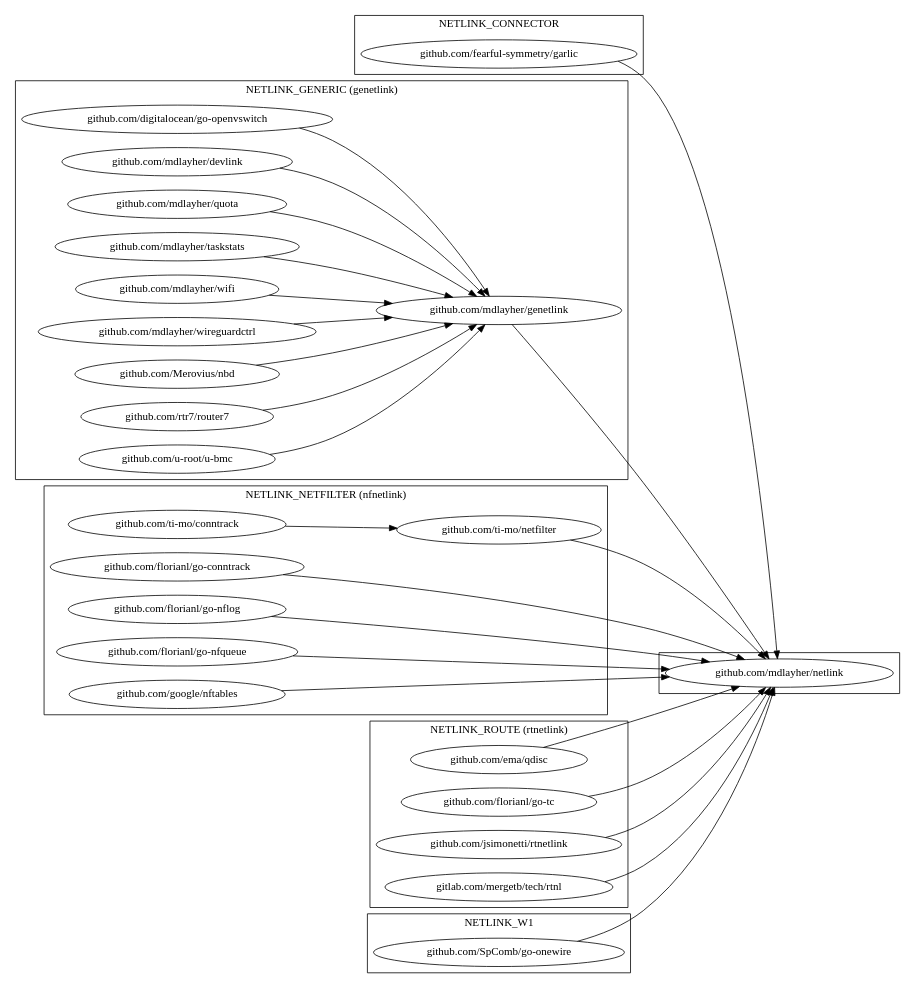
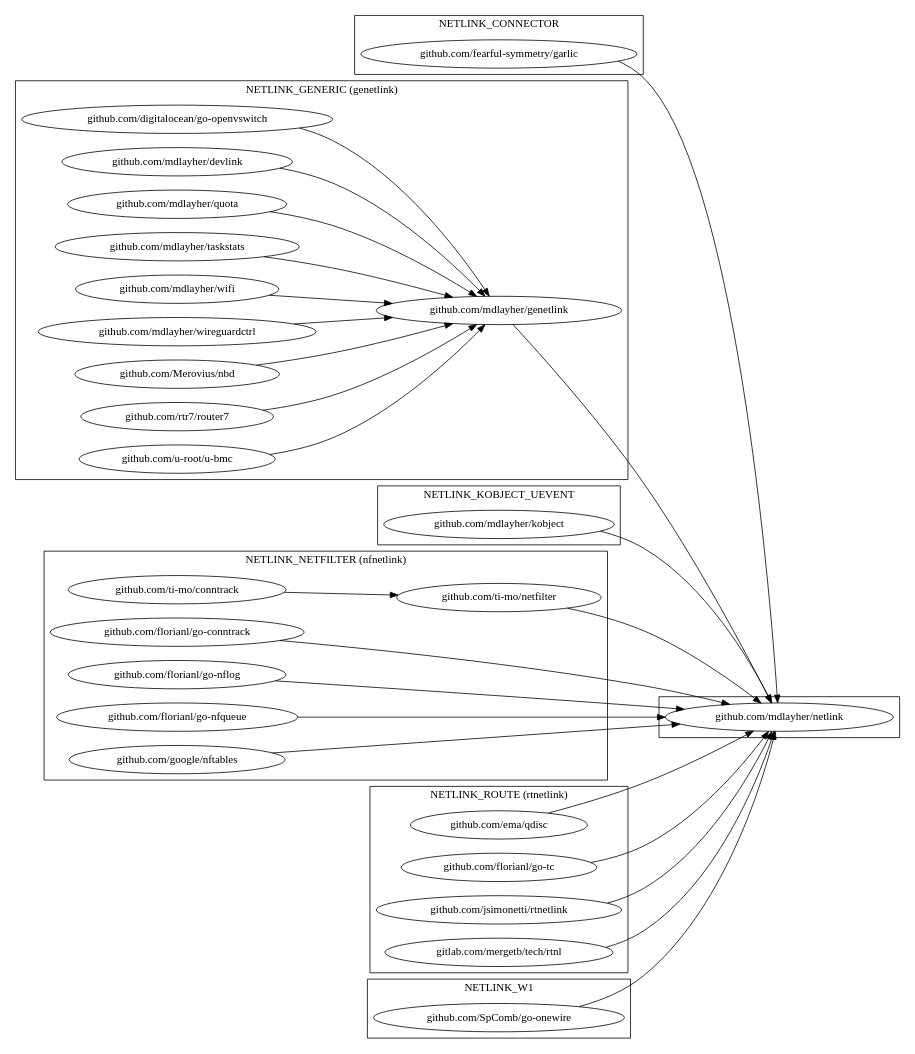
One commit to mdlayher/netlink changed the diagram in netlink.dot. Above: the diagram before and after it, drawn with Graphviz. The commit also changed 1 other file, not shown here.

Commit message:
netlink.dot: add kobject

```diff
--- a/netlink.dot
+++ b/netlink.dot
@@ -1,68 +1,76 @@
 digraph {
     rankdir = LR
 
     subgraph cluster_netlink {
         "github.com/mdlayher/netlink" [URL="https://github.com/mdlayher/netlink"]
     }
 
     subgraph cluster_connector {
         label = "NETLINK_CONNECTOR";
 
         {
             "github.com/fearful-symmetry/garlic" [URL="https://github.com/fearful-symmetry/garlic"]
         } -> "github.com/mdlayher/netlink"
     }
 
     subgraph cluster_generic {
         label = "NETLINK_GENERIC (genetlink)";
         "github.com/mdlayher/genetlink" [URL="https://github.com/mdlayher/genetlink"]
         "github.com/mdlayher/genetlink" -> "github.com/mdlayher/netlink"
 
         {   
             "github.com/digitalocean/go-openvswitch" [URL="https://github.com/digitalocean/go-openvswitch"]
             "github.com/mdlayher/devlink" [URL="https://github.com/mdlayher/devlink"]
             "github.com/mdlayher/quota" [URL="https://github.com/mdlayher/quota"]
             "github.com/mdlayher/taskstats" [URL="https://github.com/mdlayher/taskstats"]
             "github.com/mdlayher/wifi" [URL="https://github.com/mdlayher/wifi"]
             "github.com/mdlayher/wireguardctrl" [URL="https://github.com/mdlayher/wireguardctrl"]
             "github.com/Merovius/nbd" [URL="https://github.com/Merovius/nbd"]
             "github.com/rtr7/router7" [URL="https://github.com/rtr7/router7"]
             "github.com/u-root/u-bmc" [URL="https://github.com/u-root/u-bmc"]
         } -> "github.com/mdlayher/genetlink" 
+    }
+
+    subgraph cluster_kobject_uevent {
+        label = "NETLINK_KOBJECT_UEVENT";
+
+        {
+            "github.com/mdlayher/kobject" [URL="https://github.com/mdlayher/kobject"]
+        } -> "github.com/mdlayher/netlink"
     }
 
     subgraph cluster_netfilter {
         label = "NETLINK_NETFILTER (nfnetlink)";
 
         {
             "github.com/florianl/go-conntrack" [URL="https://github.com/florianl/go-conntrack"]
             "github.com/florianl/go-nflog" [URL="https://github.com/florianl/go-nflog"]
             "github.com/florianl/go-nfqueue" [URL="https://github.com/florianl/go-nfqueue"]
             "github.com/google/nftables" [URL="https://github.com/google/nftables"]
             "github.com/ti-mo/netfilter" [URL="https://github.com/ti-mo/netfilter"]
         } -> "github.com/mdlayher/netlink"
 
         {
             "github.com/ti-mo/conntrack"  [URL="https://github.com/ti-mo/conntrack"]
         } -> "github.com/ti-mo/netfilter"
     }
 
     subgraph cluster_route {
         label = "NETLINK_ROUTE (rtnetlink)";
 
         {
             "github.com/ema/qdisc" [URL="https://github.com/ema/qdisc"]
             "github.com/florianl/go-tc" [URL="https://github.com/florianl/go-tc"]
             "github.com/jsimonetti/rtnetlink" [URL="https://github.com/jsimonetti/rtnetlink"]
             "gitlab.com/mergetb/tech/rtnl" [URL="https://gitlab.com/mergetb/tech/rtnl"]
         } -> "github.com/mdlayher/netlink"
     }
 
     subgraph cluster_w1 {
         label = "NETLINK_W1";
 
         {
             "github.com/SpComb/go-onewire" [URL="https://github.com/SpComb/go-onewire"]
         } -> "github.com/mdlayher/netlink"
     }
 }
```
